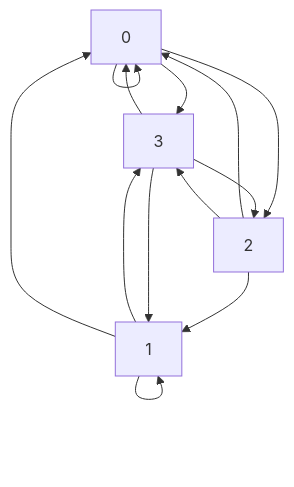
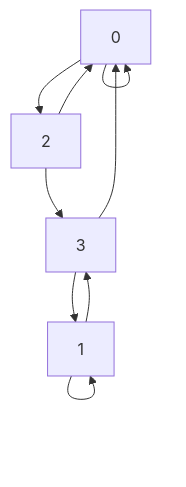
The second of 3 diagrams in test.md (stivio00/GraphSharp), drawn with Mermaid before and after one commit. The commit also changed other lines of this file and 4 other files, not shown here.

````diff
--- a/test.md
+++ b/test.md
@@ -27,15 +27,11 @@
 ```Mermaid
 graph
+	0 --> 2
 	0 --> 0
-	0 --> 3
-	0 --> 2
+	1 --> 1
 	1 --> 3
-	1 --> 0
-	1 --> 1
-	2 --> 1
+	2 --> 3
 	2 --> 0
-	2 --> 3
 	3 --> 0
-	3 --> 2
 	3 --> 1
 ```
````
